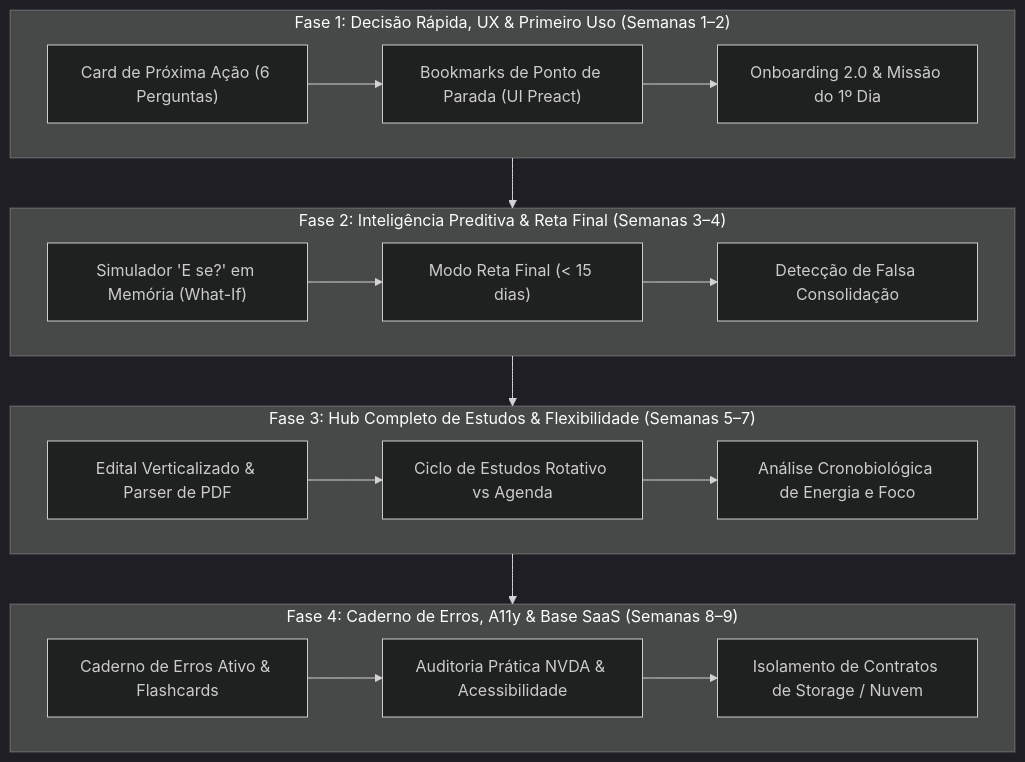
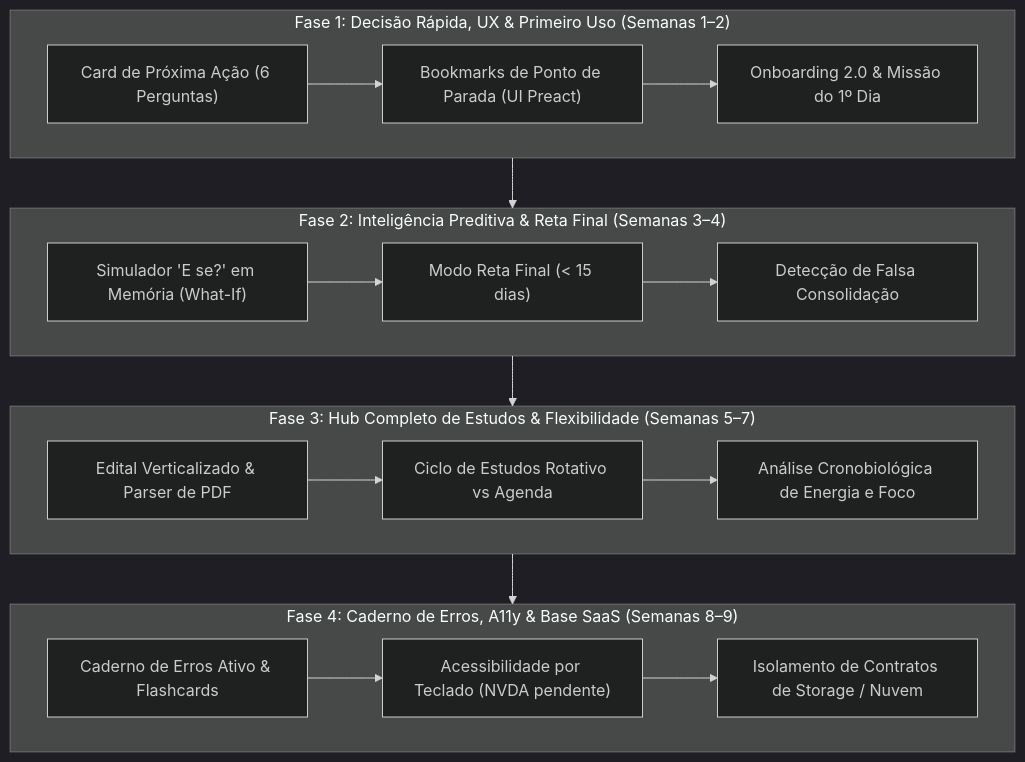
One commit to vitoriapac/Extrato changed the diagram in docs/PLANO-EVOLUCAO-UNIFICADO.md. Above: the diagram before and after it, drawn with Mermaid (dark theme). The commit also changed other lines of this file and 35 other files, not shown here.

````diff
--- a/docs/PLANO-EVOLUCAO-UNIFICADO.md
+++ b/docs/PLANO-EVOLUCAO-UNIFICADO.md
@@ -39,24 +39,24 @@
 ```mermaid
 flowchart TD
     subgraph Fase1 ["Fase 1: Decisão Rápida, UX & Primeiro Uso (Semanas 1–2)"]
         F1A["Card de Próxima Ação (6 Perguntas)"] --> F1B["Bookmarks de Ponto de Parada (UI Preact)"]
         F1B --> F1C["Onboarding 2.0 & Missão do 1º Dia"]
     end
 
     subgraph Fase2 ["Fase 2: Inteligência Preditiva & Reta Final (Semanas 3–4)"]
         F2A["Simulador 'E se?' em Memória (What-If)"] --> F2B["Modo Reta Final (< 15 dias)"]
         F2B --> F2C["Detecção de Falsa Consolidação"]
     end
 
     subgraph Fase3 ["Fase 3: Hub Completo de Estudos & Flexibilidade (Semanas 5–7)"]
         F3A["Edital Verticalizado & Parser de PDF"] --> F3B["Ciclo de Estudos Rotativo vs Agenda"]
         F3B --> F3C["Análise Cronobiológica de Energia e Foco"]
     end
 
     subgraph Fase4 ["Fase 4: Caderno de Erros, A11y & Base SaaS (Semanas 8–9)"]
-        F4A["Caderno de Erros Ativo & Flashcards"] --> F4B["Auditoria Prática NVDA & Acessibilidade"]
+        F4A["Caderno de Erros Ativo & Flashcards"] --> F4B["Acessibilidade por Teclado (NVDA pendente)"]
         F4B --> F4C["Isolamento de Contratos de Storage / Nuvem"]
     end
 
     Fase1 --> Fase2 --> Fase3 --> Fase4
 ```
````
